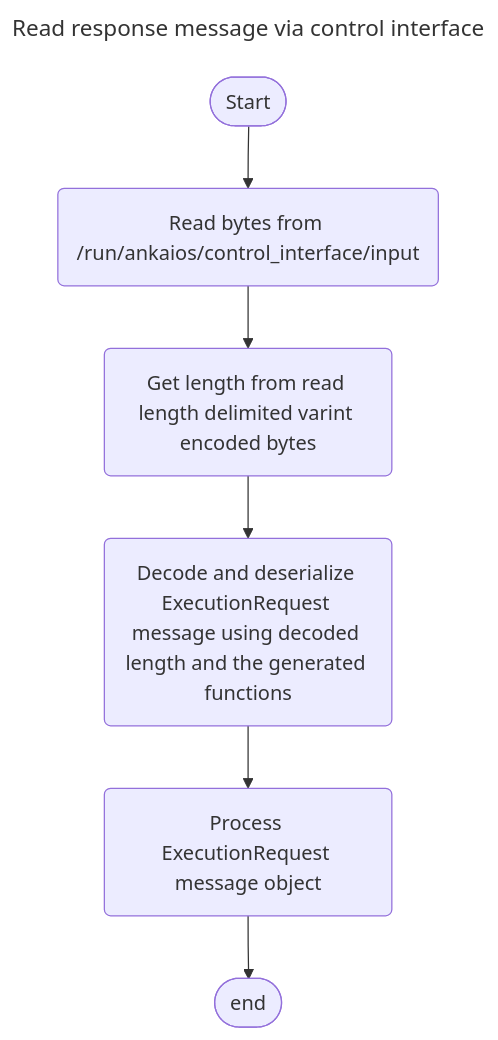
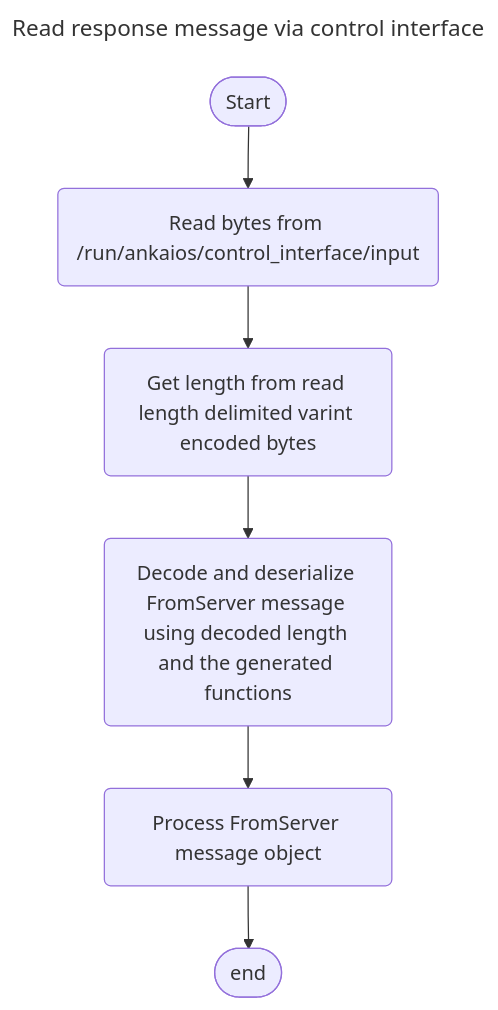
One commit to eclipse-ankaios/ankaios changed the fifth of 5 diagrams in doc/docs/reference/control-interface.md. Above: the diagram before and after it, drawn with Mermaid. The commit also changed other lines of this file and 1 other file, not shown here.

````diff
--- a/doc/docs/reference/control-interface.md
+++ b/doc/docs/reference/control-interface.md
@@ -177,18 +177,18 @@
 ```mermaid
 ---
 title: Read response message via control interface
 ---
 flowchart TD
     begin([Start])
     input("Read bytes from /run/ankaios/control_interface/input")
     dec_length(Get length from read length delimited varint encoded bytes)
-    deser_msg(Decode and deserialize ExecutionRequest message using decoded length and the generated functions)
-    further_processing(Process ExecutionRequest message object)
+    deser_msg(Decode and deserialize FromServer message using decoded length and the generated functions)
+    further_processing(Process FromServer message object)
     fin([end])
 
     begin --> input
     input --> dec_length
     dec_length --> deser_msg
     deser_msg --> further_processing
     further_processing --> fin
 ```
````
